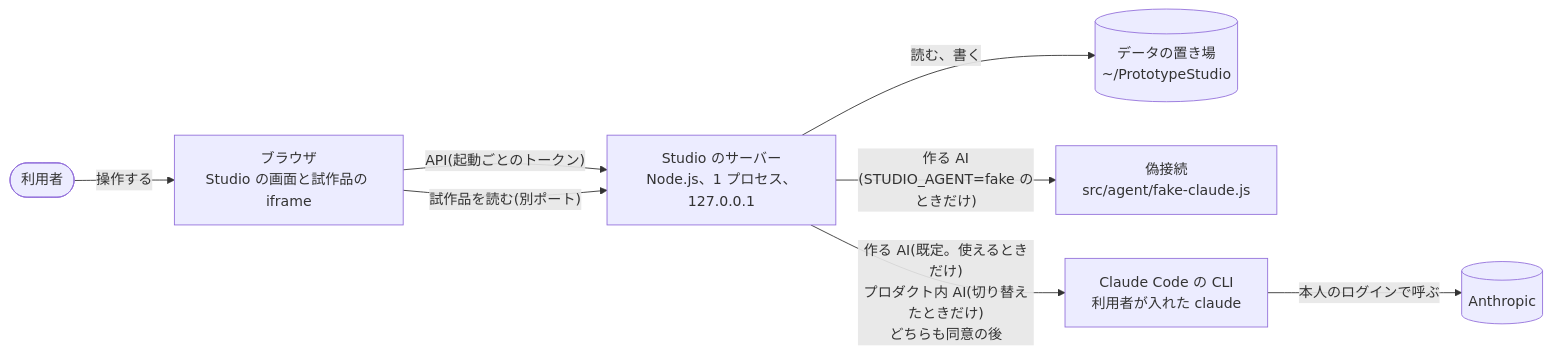
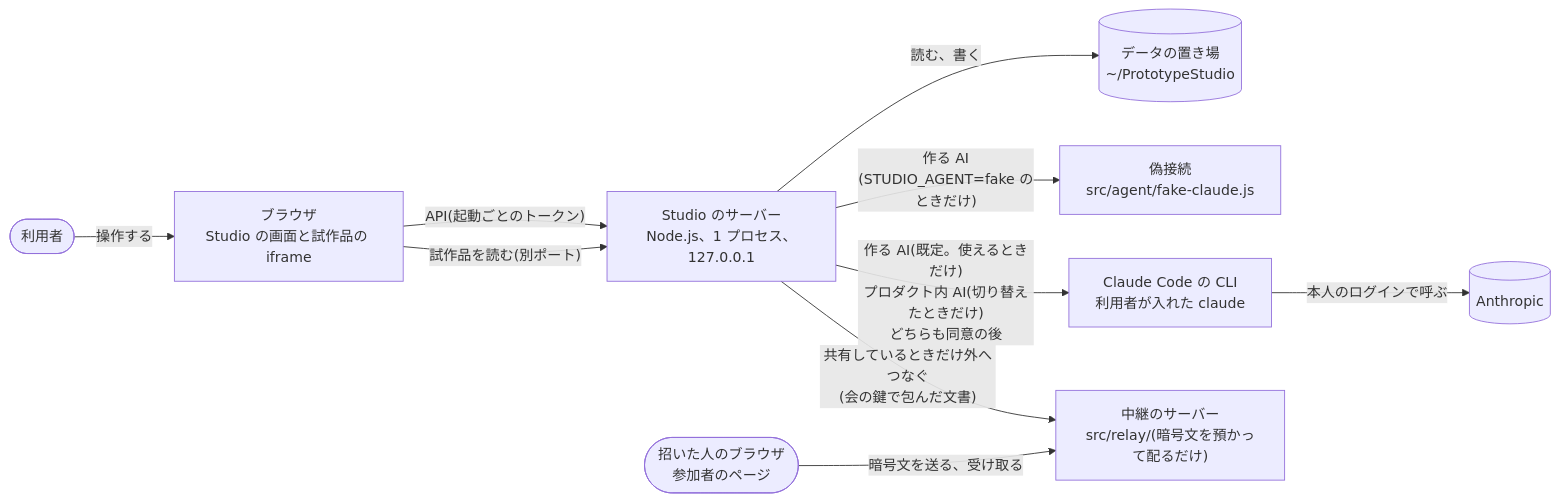
Before and after one commit to jyoka/agent-prototype-studio: the first of 2 diagrams in docs/architecture/hld.md, drawn with Mermaid. The commit also changed other lines of this file and 28 other files, not shown here.

````diff
--- a/docs/architecture/hld.md
+++ b/docs/architecture/hld.md
@@ -18,18 +18,22 @@
 ```mermaid
 flowchart LR
     you(["利用者"])
     browser["ブラウザ<br/>Studio の画面と試作品の iframe"]
     studio["Studio のサーバー<br/>Node.js、1 プロセス、127.0.0.1"]
     home[("データの置き場<br/>~/PrototypeStudio")]
     fake["偽接続<br/>src/agent/fake-claude.js"]
     claude["Claude Code の CLI<br/>利用者が入れた claude"]
     anthropic[("Anthropic")]
+    relay["中継のサーバー<br/>src/relay/(暗号文を預かって配るだけ)"]
+    others(["招いた人のブラウザ<br/>参加者のページ"])
 
     you -- "操作する" --> browser
     browser -- "API(起動ごとのトークン)" --> studio
     browser -- "試作品を読む(別ポート)" --> studio
     studio -- "読む、書く" --> home
     studio -- "作る AI<br/>(STUDIO_AGENT=fake のときだけ)" --> fake
     studio -- "作る AI(既定。使えるときだけ)<br/>プロダクト内 AI(切り替えたときだけ)<br/>どちらも同意の後" --> claude
     claude -- "本人のログインで呼ぶ" --> anthropic
+    studio -- "共有しているときだけ外へつなぐ<br/>(会の鍵で包んだ文書)" --> relay
+    others -- "暗号文を送る、受け取る" --> relay
 ```
````
